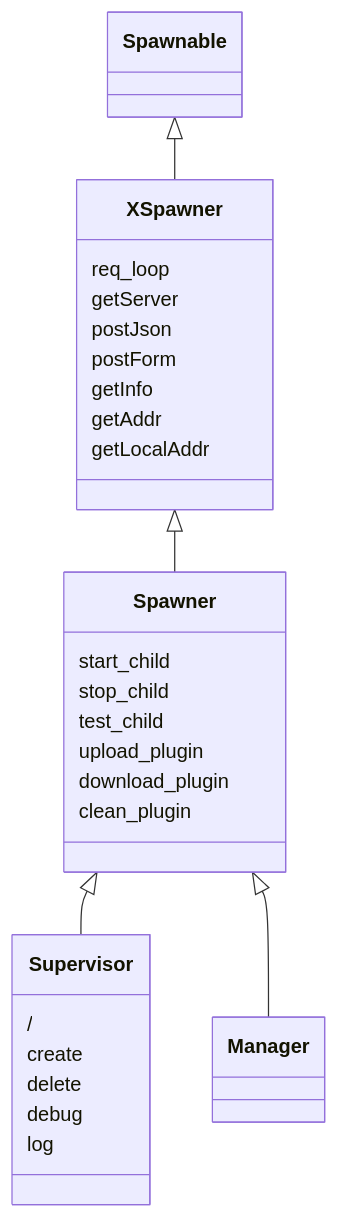
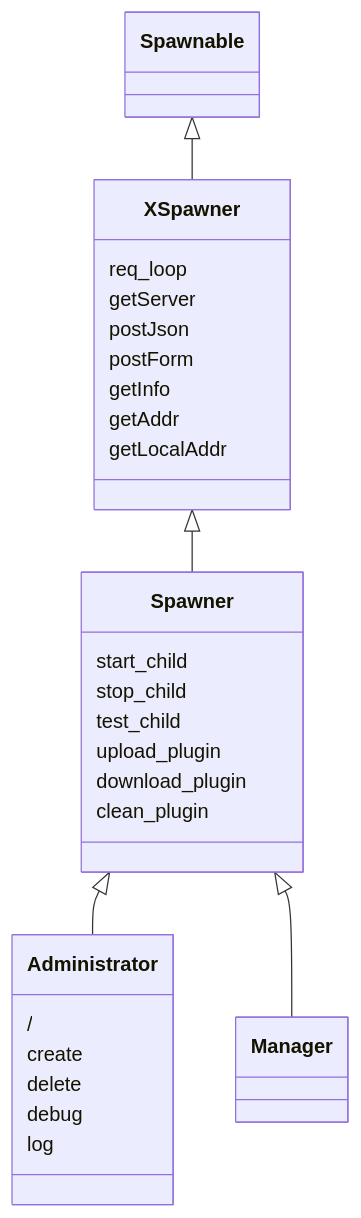
The first of 2 diagrams in xspawner/docs/TD.md (franksongfeng/xspawner), drawn with Mermaid before and after one commit. The commit also changed other lines of this file and 19 other files, not shown here.

Commit message:
Rename supervisor/Supervisor to administrator/Administrator

````diff
--- a/xspawner/docs/TD.md
+++ b/xspawner/docs/TD.md
@@ -5,40 +5,40 @@
 ```mermaid
 classDiagram
     class Spawnable {
     }
 
     class XSpawner {
         req_loop
         getServer
         postJson
         postForm
         getInfo
         getAddr
         getLocalAddr
     }
 
     class Spawner {
         start_child
         stop_child
         test_child
         upload_plugin
         download_plugin
         clean_plugin
     }
 
-    class Supervisor {
+    class Administrator {
         /
         create
         delete
         debug
         log
     }
 
     Spawnable <|-- XSpawner
     
     XSpawner <|-- Spawner
 
-    Spawner <|-- Supervisor
+    Spawner <|-- Administrator
 
     Spawner <|-- Manager
 ```
````
